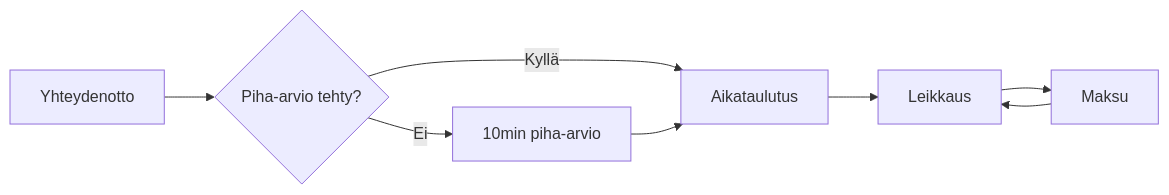
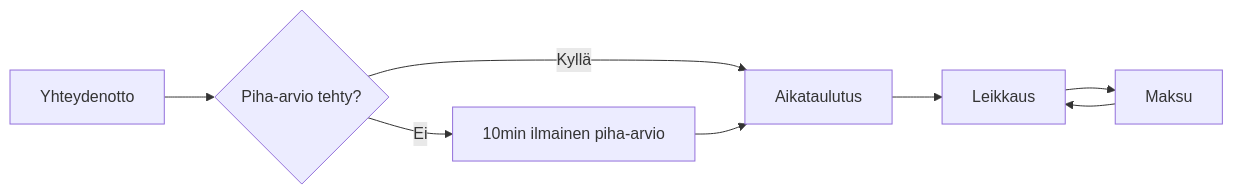
One commit to roikonen/grasshopper changed the diagram in docs/index.md. Above: the diagram before and after it, drawn with Mermaid.

Commit message:
Sisältöparannus

````diff
--- a/docs/index.md
+++ b/docs/index.md
@@ -8,10 +8,10 @@
 ``` mermaid
 graph LR
   F[Yhteydenotto] --> G{Piha-arvio tehty?}
   G --> |Kyllä| C;
   G --> |Ei| B;
-  B[10min piha-arvio] --> C;
+  B[10min ilmainen piha-arvio] --> C;
   C[Aikataulutus] --> D;
   D[Leikkaus] --> E;
   E[Maksu] --> D;
 ```
````
